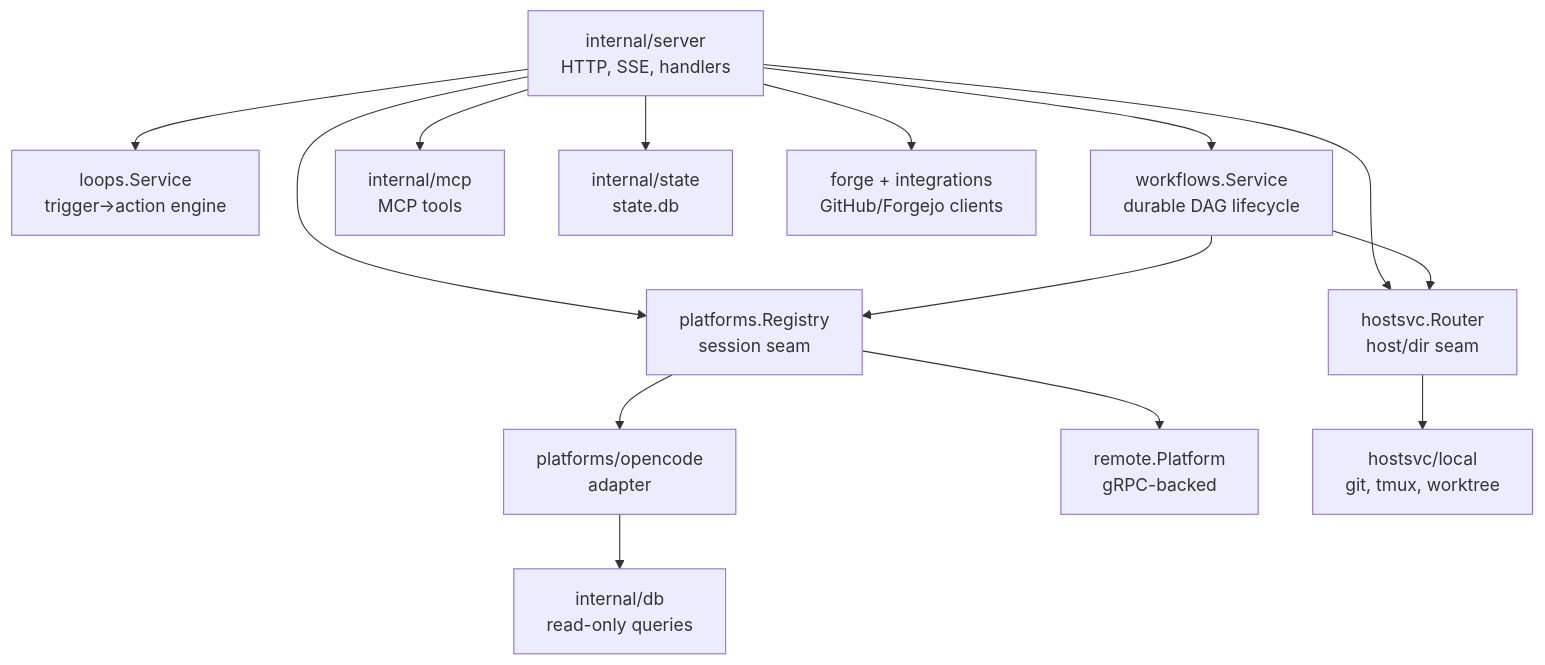
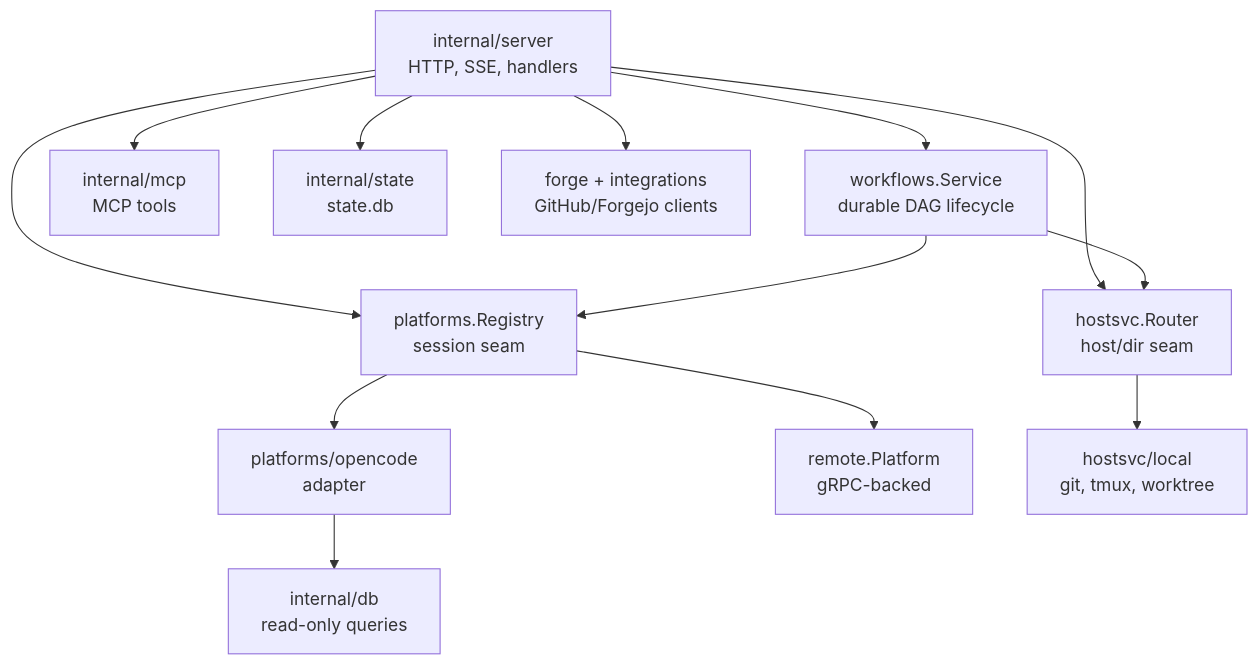
One commit to ocman/ocman changed the second of 4 diagrams in docs/architecture.md. Above: the diagram before and after it, drawn with Mermaid. The commit also changed other lines of this file and 80 other files, not shown here.

````diff
--- a/docs/architecture.md
+++ b/docs/architecture.md
@@ -48,16 +48,15 @@
 ```mermaid
 flowchart TD
     Server[internal/server<br/>HTTP, SSE, handlers] --> Registry[platforms.Registry<br/>session seam]
     Server --> Router[hostsvc.Router<br/>host/dir seam]
-    Server --> Loops[loops.Service<br/>trigger→action engine]
     Server --> Workflows[workflows.Service<br/>durable DAG lifecycle]
     Workflows --> Registry
     Workflows --> Router
     Server --> MCP[internal/mcp<br/>MCP tools]
     Registry --> OC[platforms/opencode<br/>adapter]
     Registry --> RP[remote.Platform<br/>gRPC-backed]
     OC --> DB[internal/db<br/>read-only queries]
     Router --> Local[hostsvc/local<br/>git, tmux, worktree]
     Server --> State[internal/state<br/>state.db]
     Server --> Forge[forge + integrations<br/>GitHub/Forgejo clients]
 ```
````
